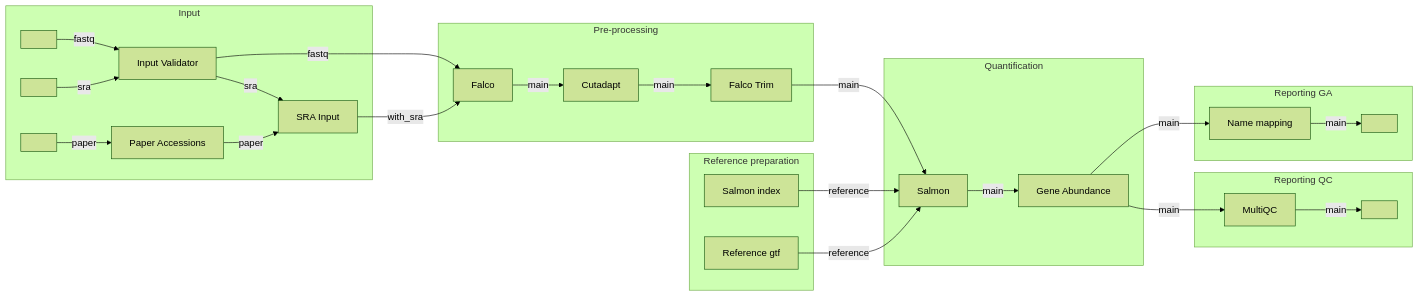
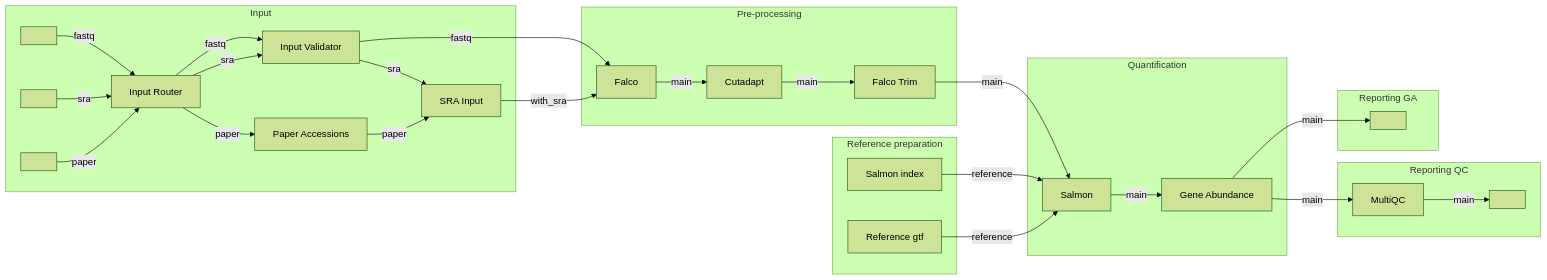
The diagram in assets/pipeline_metro.mmd (C0ldCl0ud/GenAbu), drawn with Mermaid (forest theme) before and after one commit. The commit also changed 2 other files, not shown here.

```diff
--- a/assets/pipeline_metro.mmd
+++ b/assets/pipeline_metro.mmd
@@ -1,97 +1,96 @@
 %%metro title: GenAbu RNA-seq Analysis Pipeline
 %%metro style: nfcore
 
 %%metro line: fastq | FASTQ input | #a16e02
 %%metro line: sra | SRA input | #df0b0b
 %%metro line: paper | Paper accession | #ffdd00
 %%metro line: with_sra | SRA-derived reads | #fdad00
 %%metro line: main | Analysis workflow | #0ee20e
 %%metro line: reference | Reference input | #0a790a
 
 %%metro files: fastq_input | FASTQ | FASTQ input
 %%metro files: sra_input | SRA | SRA input
 %%metro files: paper_input | Paper | Paper accession
 %%metro files: genabu_table | csv | Gene abundance
 %%metro file: multiqc_report | MultiQC | MultiQC report
 %%metro files: salmon_index | Salmon index | Salmon index
 %%metro files: reference_gtf | GTF | Reference annotation
 
 %%metro off_track: genabu_table
 
 %%metro grid: input | 0,0
 %%metro grid: preprocessing | 1,0
 %%metro grid: reference | 1,1
 %%metro grid: quantification | 2,0
 %%metro grid: reporting | 3,0
 %%metro grid: reporting_genabu | 3,1
 
 graph LR
 
     subgraph input [Input]
 
         fastq_input[ ]
         sra_input[ ]
         paper_input[ ]
 
+        router[Input Router]
         validator[Input Validator]
         paper_accessions[Paper Accessions]
         sra[SRA Input]
 
-        fastq_input -->|fastq| validator
-        sra_input -->|sra| validator
-        paper_input -->|paper| paper_accessions
+        fastq_input -->|fastq| router
+        sra_input -->|sra| router
+        paper_input -->|paper| router
+        router -->|fastq| validator
+        router -->|sra| validator
+        router -->|paper| paper_accessions
         validator -->|sra| sra
         paper_accessions -->|paper| sra
     end
 
     subgraph preprocessing [Pre-processing]
 
         falco[Falco]
         cutadapt[Cutadapt]
         falco_trim[Falco Trim]
 
         falco -->|main| cutadapt
         cutadapt -->|main| falco_trim
     end
 
     subgraph quantification [Quantification]
 
         salmon[Salmon]
         gene_abundance[Gene Abundance]
 
         salmon -->|main| gene_abundance
 
     end
 
     subgraph reference [Reference preparation]
 
         salmon_index[Salmon index]
         reference_gtf[Reference gtf]
 
     end
 
     subgraph reporting [Reporting QC]
 
         multiqc[MultiQC]
         multiqc_report[ ]
 
         multiqc -->|main| multiqc_report
 
     end
 
     subgraph reporting_genabu [Reporting GA]
-
-        gene_name[Name mapping]
+        gene_abundance -->|main| genabu_table
         genabu_table[ ]
-
-        gene_name -->|main| genabu_table
-
     end
 
     validator -->|fastq| falco
     sra -->|with_sra| falco
     falco_trim -->|main| salmon
     salmon_index -->|reference| salmon
     reference_gtf -->|reference| salmon
     gene_abundance -->|main| multiqc
-    gene_abundance -->|main| gene_name
```
